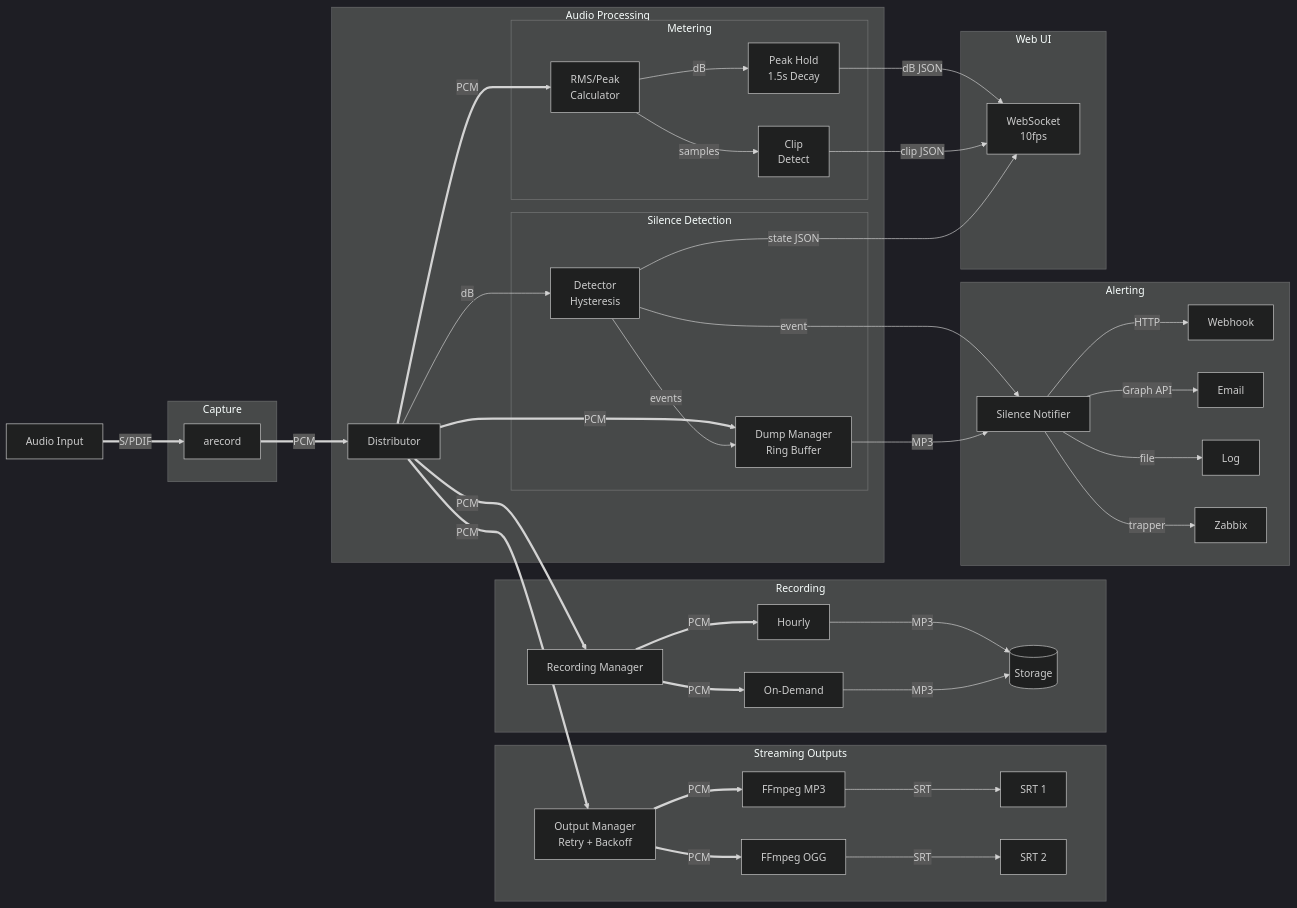
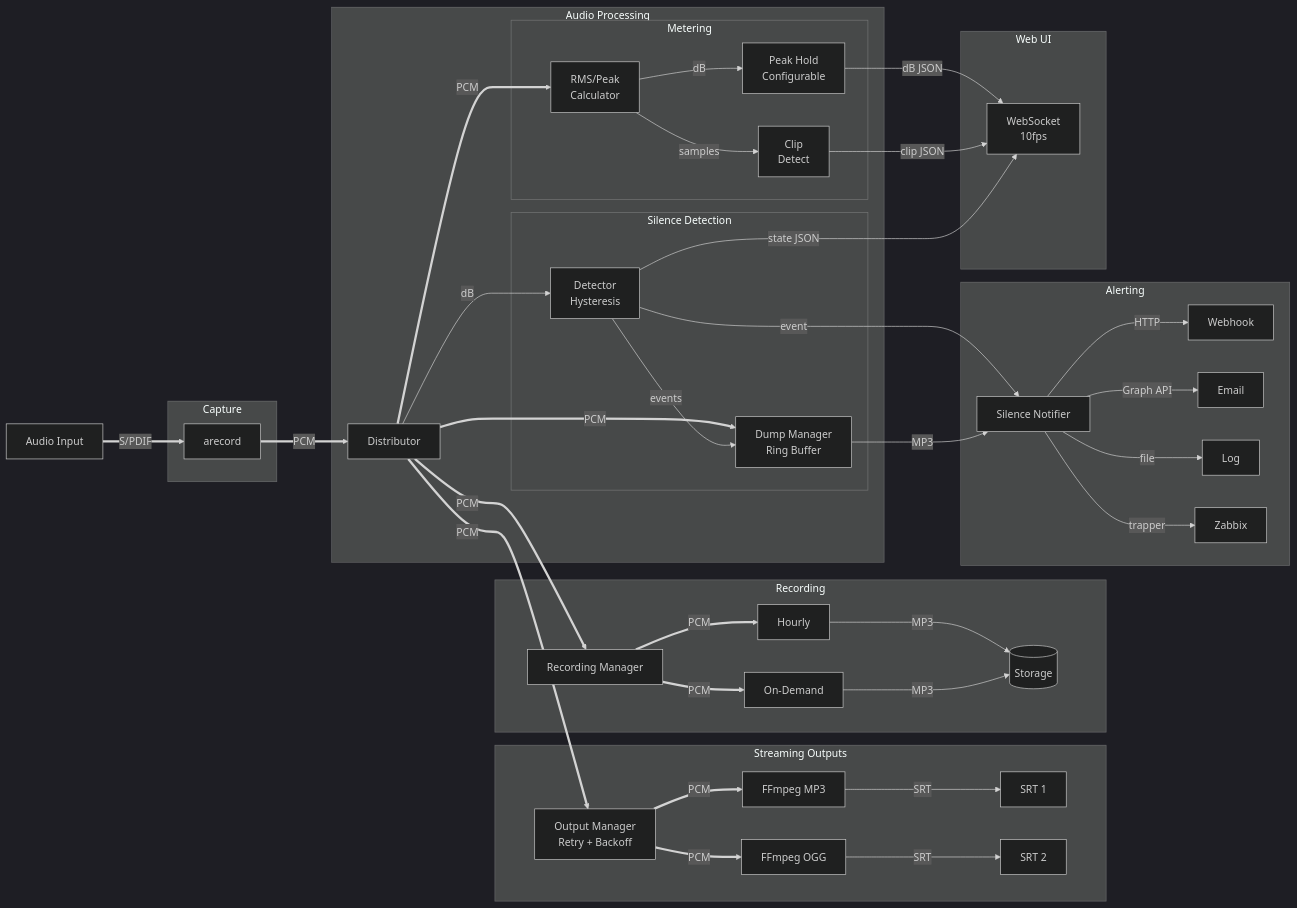
The diagram in README.md (oszuidwest/zwfm-encoder), drawn with Mermaid (dark theme) before and after one commit. The commit also changed other lines of this file and 1 other file, not shown here.

```diff
--- a/README.md
+++ b/README.md
@@ -186,7 +202,7 @@
 
         subgraph Metering["Metering"]
             M[RMS/Peak<br>Calculator]
-            PH[Peak Hold<br>1.5s Decay]
+            PH[Peak Hold<br>Configurable]
             CD[Clip<br>Detect]
         end
 
```
